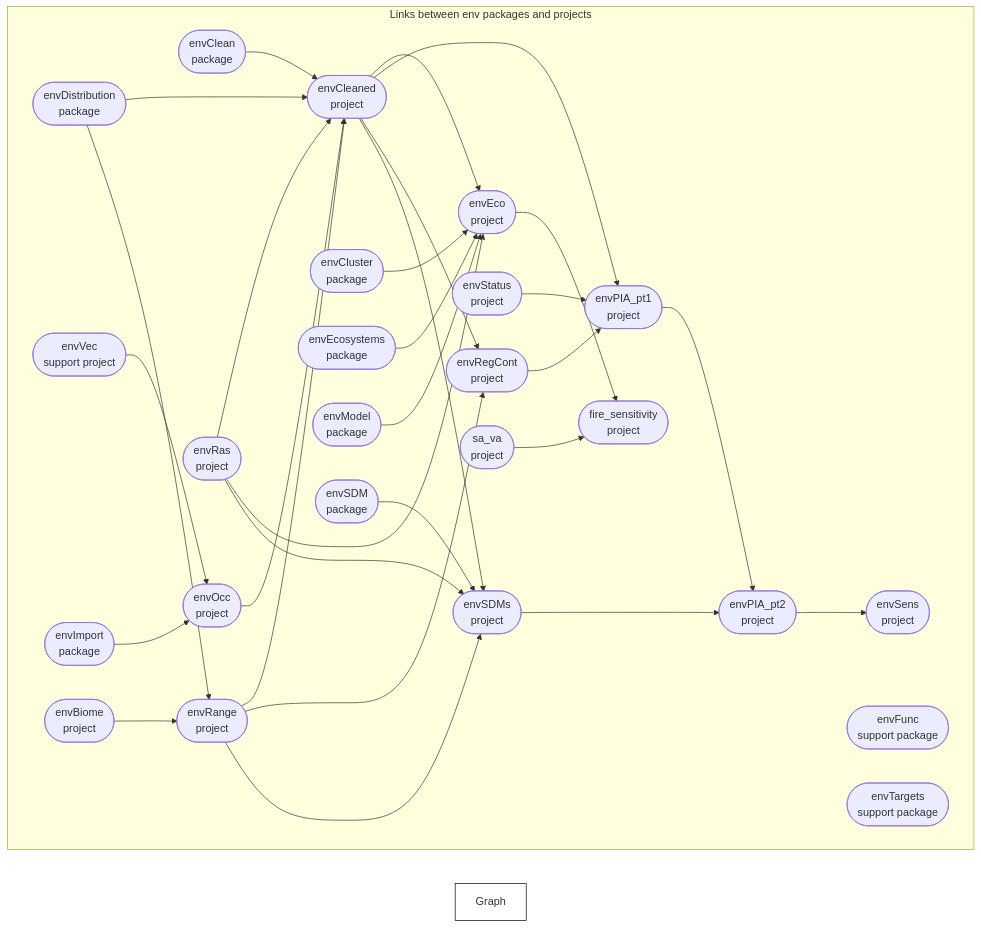
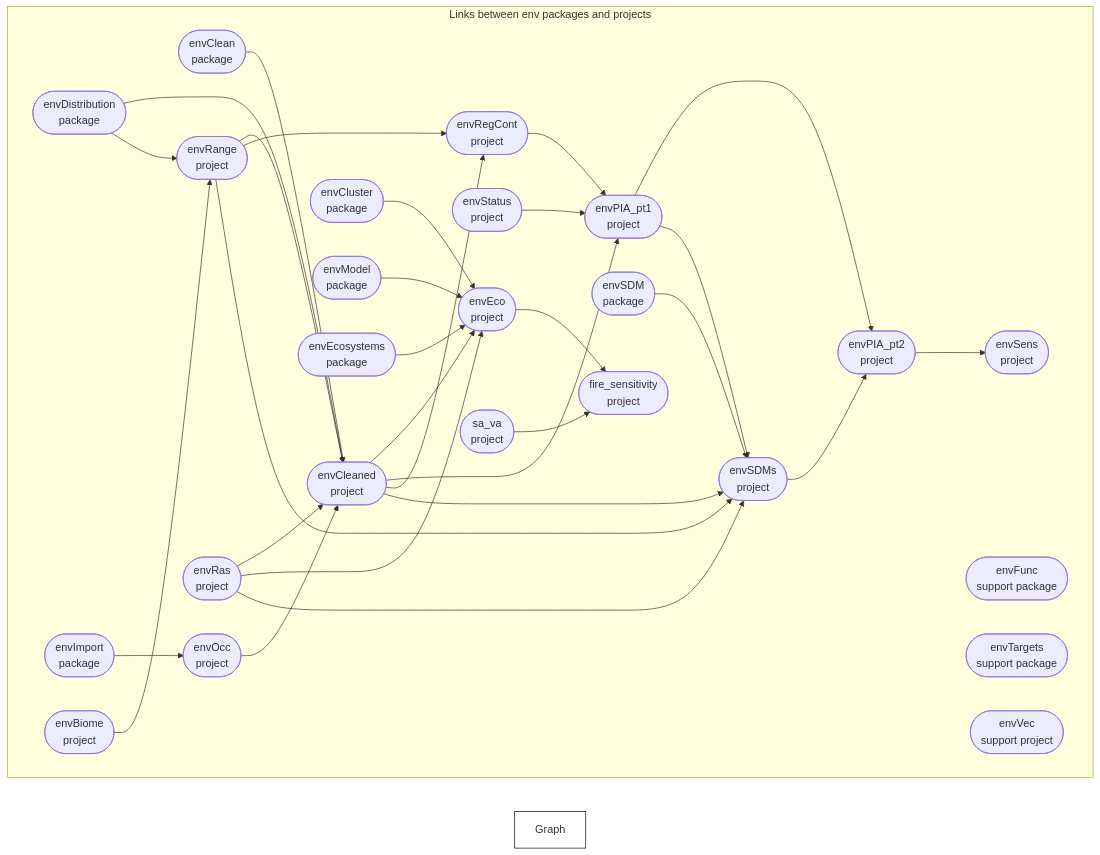
One commit to dew-landscapes/.github changed the diagram in profile/README.md. Above: the diagram before and after it, drawn with Mermaid. The commit also changed other lines of this file and 1 other file, not shown here.

Commit message:
more links tweaking

````diff
--- a/profile/README.md
+++ b/profile/README.md
@@ -45,37 +45,38 @@
 ``` mermaid
 graph LR
   style Graph fill:#FFFFFF00,stroke:#000000;
   subgraph Links between env packages and projects
     direction LR
     x199e33ac94c360fd(["envClean<br>package"]):::queued --> x4e1f08a5bd05b882(["envCleaned<br>project"]):::queued
+    x4f41d9ef8b70ed0e(["envRange<br>project"]):::queued --> x4e1f08a5bd05b882(["envCleaned<br>project"]):::queued
     xb53407deaf8a50f7(["envDistribution<br>package"]):::queued --> x4e1f08a5bd05b882(["envCleaned<br>project"]):::queued
     x9d3addc2d3c28cb0(["envOcc<br>project"]):::queued --> x4e1f08a5bd05b882(["envCleaned<br>project"]):::queued
     x67b5feaf09e4d0ca(["envRas<br>project"]):::queued --> x4e1f08a5bd05b882(["envCleaned<br>project"]):::queued
-    x4f41d9ef8b70ed0e(["envRange<br>project"]):::queued --> x4e1f08a5bd05b882(["envCleaned<br>project"]):::queued
+    x4e1f08a5bd05b882(["envCleaned<br>project"]):::queued --> xc70bb609a37b98f0(["envEco<br>project"]):::queued
     x9eca96d789260dc6(["envCluster<br>package"]):::queued --> xc70bb609a37b98f0(["envEco<br>project"]):::queued
-    x4e1f08a5bd05b882(["envCleaned<br>project"]):::queued --> xc70bb609a37b98f0(["envEco<br>project"]):::queued
+    x3c05f6553dd2ee1d(["envModel<br>package"]):::queued --> xc70bb609a37b98f0(["envEco<br>project"]):::queued
     x3c533c4f6ac5a427(["envEcosystems<br>package"]):::queued --> xc70bb609a37b98f0(["envEco<br>project"]):::queued
-    x3c05f6553dd2ee1d(["envModel<br>package"]):::queued --> xc70bb609a37b98f0(["envEco<br>project"]):::queued
     x67b5feaf09e4d0ca(["envRas<br>project"]):::queued --> xc70bb609a37b98f0(["envEco<br>project"]):::queued
-    xa92bc89dfa147112(["envVec<br>support project"]):::queued --> x9d3addc2d3c28cb0(["envOcc<br>project"]):::queued
     xa419b1871c902a02(["envImport<br>package"]):::queued --> x9d3addc2d3c28cb0(["envOcc<br>project"]):::queued
+    xf290cd0a0c6ffe34(["envStatus<br>project"]):::queued --> xdfa068c3ebc0366d(["envPIA_pt1<br>project"]):::queued
     x5499a04bf3778295(["envRegCont<br>project"]):::queued --> xdfa068c3ebc0366d(["envPIA_pt1<br>project"]):::queued
-    xf290cd0a0c6ffe34(["envStatus<br>project"]):::queued --> xdfa068c3ebc0366d(["envPIA_pt1<br>project"]):::queued
     x4e1f08a5bd05b882(["envCleaned<br>project"]):::queued --> xdfa068c3ebc0366d(["envPIA_pt1<br>project"]):::queued
     xc1054dd4c63b18e0(["envSDMs<br>project"]):::queued --> xe5749d29c71b6a92(["envPIA_pt2<br>project"]):::queued
     xdfa068c3ebc0366d(["envPIA_pt1<br>project"]):::queued --> xe5749d29c71b6a92(["envPIA_pt2<br>project"]):::queued
     xd8ce469e231f9860(["envBiome<br>project"]):::queued --> x4f41d9ef8b70ed0e(["envRange<br>project"]):::queued
     xb53407deaf8a50f7(["envDistribution<br>package"]):::queued --> x4f41d9ef8b70ed0e(["envRange<br>project"]):::queued
+    x4e1f08a5bd05b882(["envCleaned<br>project"]):::queued --> x5499a04bf3778295(["envRegCont<br>project"]):::queued
     x4f41d9ef8b70ed0e(["envRange<br>project"]):::queued --> x5499a04bf3778295(["envRegCont<br>project"]):::queued
-    x4e1f08a5bd05b882(["envCleaned<br>project"]):::queued --> x5499a04bf3778295(["envRegCont<br>project"]):::queued
     x4e1f08a5bd05b882(["envCleaned<br>project"]):::queued --> xc1054dd4c63b18e0(["envSDMs<br>project"]):::queued
     x67b5feaf09e4d0ca(["envRas<br>project"]):::queued --> xc1054dd4c63b18e0(["envSDMs<br>project"]):::queued
+    xdfa068c3ebc0366d(["envPIA_pt1<br>project"]):::queued --> xc1054dd4c63b18e0(["envSDMs<br>project"]):::queued
     x07cddf360e9b199e(["envSDM<br>package"]):::queued --> xc1054dd4c63b18e0(["envSDMs<br>project"]):::queued
     x4f41d9ef8b70ed0e(["envRange<br>project"]):::queued --> xc1054dd4c63b18e0(["envSDMs<br>project"]):::queued
     xe5749d29c71b6a92(["envPIA_pt2<br>project"]):::queued --> x2d1dcea9060b62fe(["envSens<br>project"]):::queued
     xb2a4767da474386b(["sa_va<br>project"]):::queued --> x0f16edc93d113ef9(["fire_sensitivity<br>project"]):::queued
     xc70bb609a37b98f0(["envEco<br>project"]):::queued --> x0f16edc93d113ef9(["fire_sensitivity<br>project"]):::queued
     x6832f874a98057bb(["envFunc<br>support package"]):::queued
     xb03046fba8fa1b84(["envTargets<br>support package"]):::queued
+    xa92bc89dfa147112(["envVec<br>support project"]):::queued
   end
 ```
````
